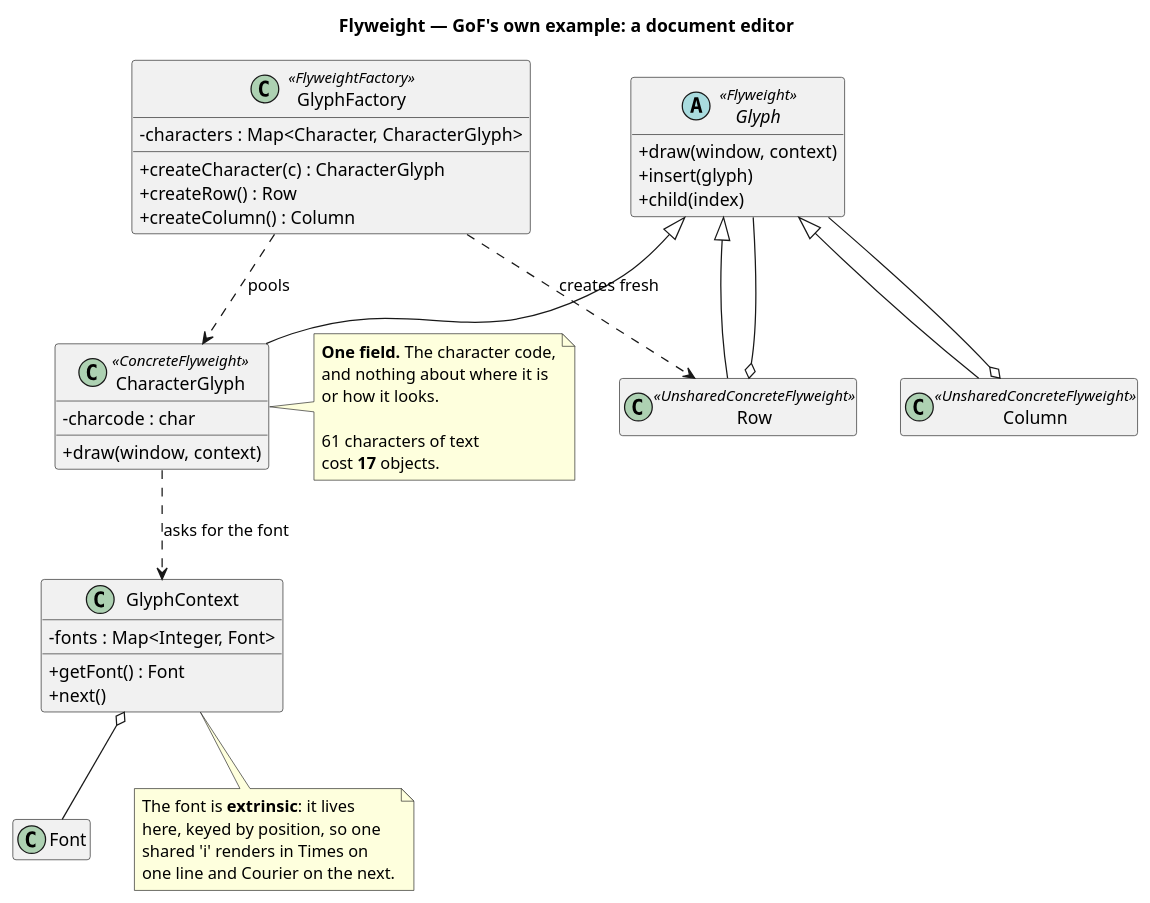
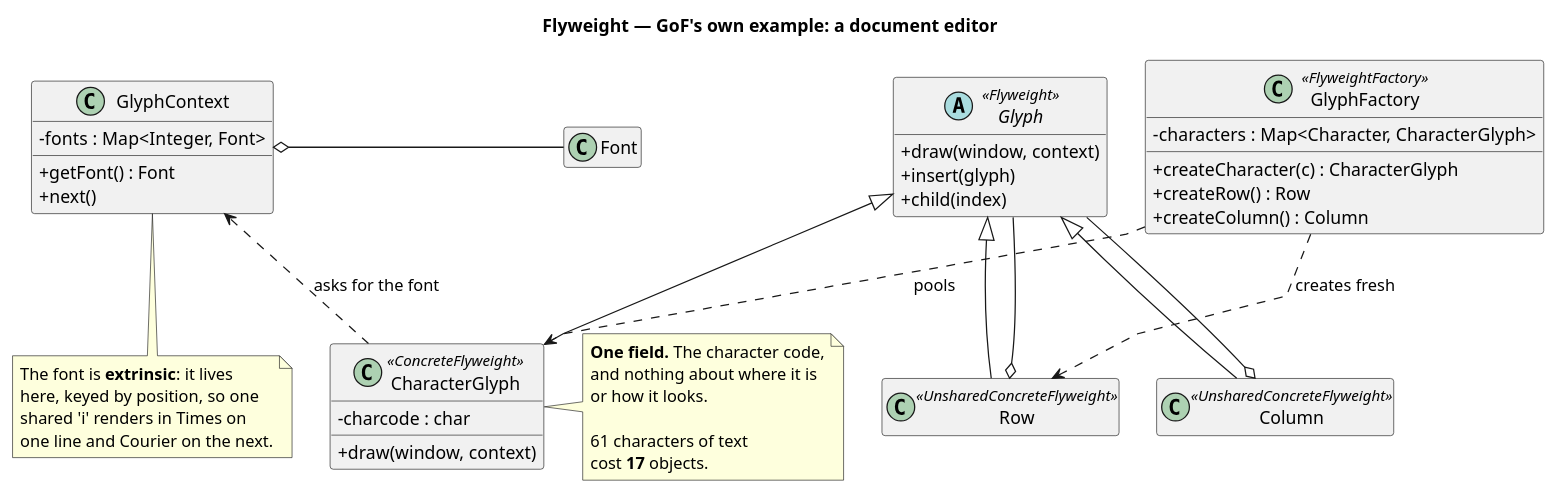
One commit to kaldiroglu/DesignPatternsWithJava changed the diagram in src/main/java/dev/kaldiroglu/dp/structural/flyweight/gof/uml/Flyweight - Glyphs - Class Diagram.puml. Above: the diagram before and after it, drawn with PlantUML. The commit also changed 145 other files, not shown here.

Commit message:
Structural diagrams: each parent above and centered over its children, on one row, with straight lines; pm and pluggable adapter diagrams name the current methods and classes

```diff
--- a/src/main/java/dev/kaldiroglu/dp/structural/flyweight/gof/uml/Flyweight - Glyphs - Class Diagram.puml
+++ b/src/main/java/dev/kaldiroglu/dp/structural/flyweight/gof/uml/Flyweight - Glyphs - Class Diagram.puml
@@ -1,62 +1,64 @@
 @startuml "Flyweight - Glyphs - Class Diagram"
+skinparam linetype polyline
+skinparam nodesep 30
 skinparam classAttributeIconSize 0
 hide empty members
 title Flyweight — GoF's own example: a document editor
 
 
 abstract class Glyph <<Flyweight>> {
   + draw(window, context)
   + insert(glyph)
   + child(index)
 }
 
 class CharacterGlyph <<ConcreteFlyweight>> {
   - charcode : char
   + draw(window, context)
 }
 
 class Row <<UnsharedConcreteFlyweight>>
 class Column <<UnsharedConcreteFlyweight>>
 
 class GlyphFactory <<FlyweightFactory>> {
   - characters : Map<Character, CharacterGlyph>
   + createCharacter(c) : CharacterGlyph
   + createRow() : Row
   + createColumn() : Column
 }
 
 class GlyphContext {
   - fonts : Map<Integer, Font>
   + getFont() : Font
   + next()
 }
 
 class Font
 
 Glyph <|-- CharacterGlyph
 Glyph <|-- Row
 Glyph <|-- Column
-Row o-- Glyph
-Column o-- Glyph
-GlyphFactory ..> CharacterGlyph : "pools"
-GlyphFactory ..> Row : "creates fresh"
-CharacterGlyph ..> GlyphContext : "asks for the font"
-GlyphContext o-- Font
 
 note right of CharacterGlyph
   <b>One field.</b> The character code,
   and nothing about where it is
   or how it looks.
 
   61 characters of text
   cost <b>17</b> objects.
 end note
 
 note bottom of GlyphContext
   The font is <b>extrinsic</b>: it lives
   here, keyed by position, so one
   shared 'i' renders in Times on
   one line and Courier on the next.
 end note
 
+Row o-[norank]- Glyph
+Column o-[norank]- Glyph
+GlyphFactory .[norank].> CharacterGlyph : "pools"
+GlyphFactory .[norank].> Row : "creates fresh"
+CharacterGlyph .[norank].> GlyphContext : "asks for the font"
+GlyphContext o-[norank]- Font
 @enduml
```
